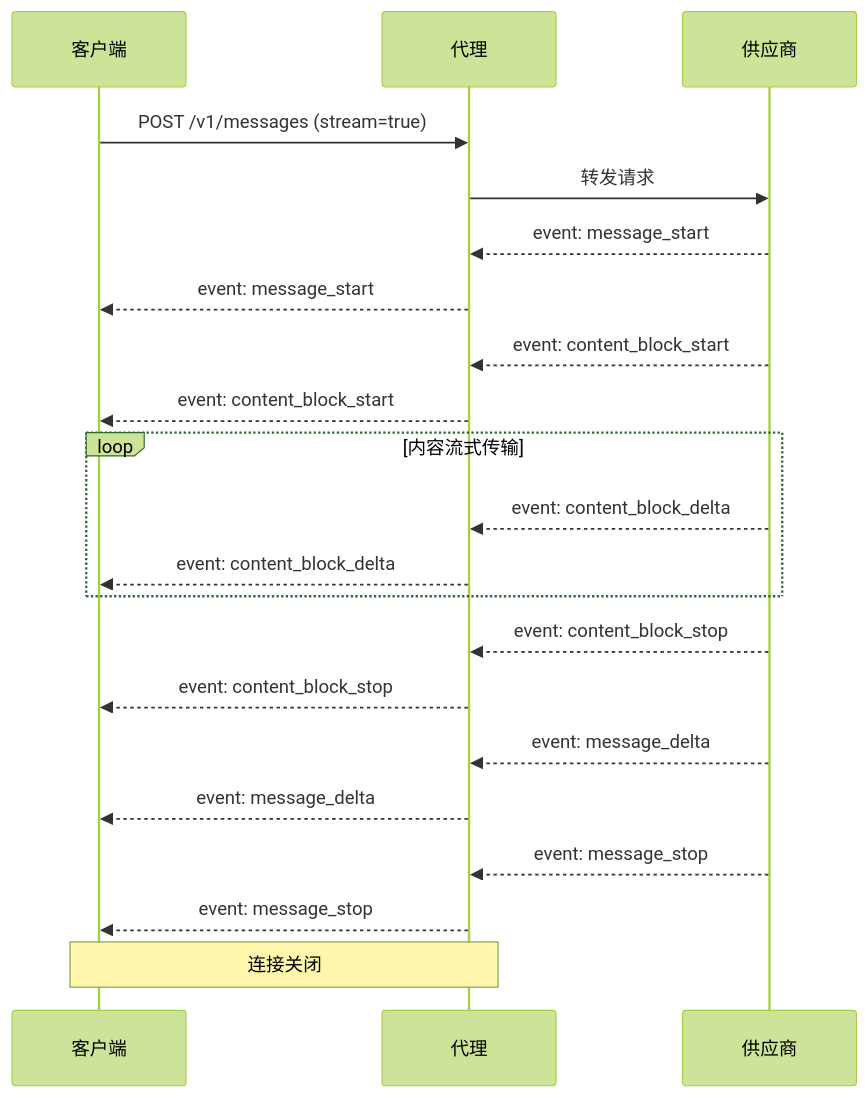
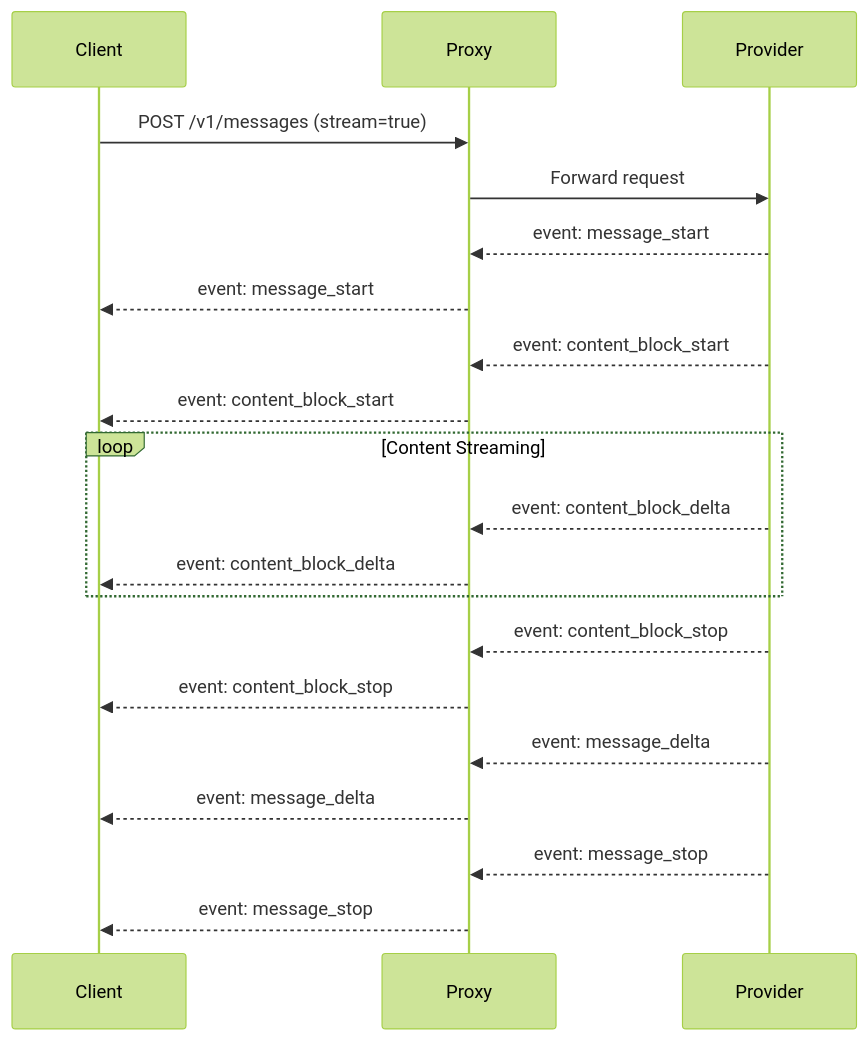
The fourth of 5 diagrams in docs-site/content/zh-cn/docs/architecture.md (omarluq/cc-relay), drawn with Mermaid (forest theme) before and after one commit. The commit also changed other lines of this file and 5 other files, not shown here.

First line of the commit message:
docs: rewrite architecture docs with multi-provider support

````diff
--- a/docs-site/content/zh-cn/docs/architecture.md
+++ b/docs-site/content/zh-cn/docs/architecture.md
@@ -207,31 +210,29 @@
 ```mermaid
 sequenceDiagram
-    participant Client as 客户端
-    participant Proxy as 代理
-    participant Provider as 供应商
+    participant Client
+    participant Proxy
+    participant Provider
 
     Client->>Proxy: POST /v1/messages (stream=true)
-    Proxy->>Provider: 转发请求
+    Proxy->>Provider: Forward request
 
     Provider-->>Proxy: event: message_start
     Proxy-->>Client: event: message_start
 
     Provider-->>Proxy: event: content_block_start
     Proxy-->>Client: event: content_block_start
 
-    loop 内容流式传输
+    loop Content Streaming
         Provider-->>Proxy: event: content_block_delta
         Proxy-->>Client: event: content_block_delta
     end
 
     Provider-->>Proxy: event: content_block_stop
     Proxy-->>Client: event: content_block_stop
 
     Provider-->>Proxy: event: message_delta
     Proxy-->>Client: event: message_delta
 
     Provider-->>Proxy: event: message_stop
     Proxy-->>Client: event: message_stop
-
-    Note over Client,Proxy: 连接关闭
 ```
````
